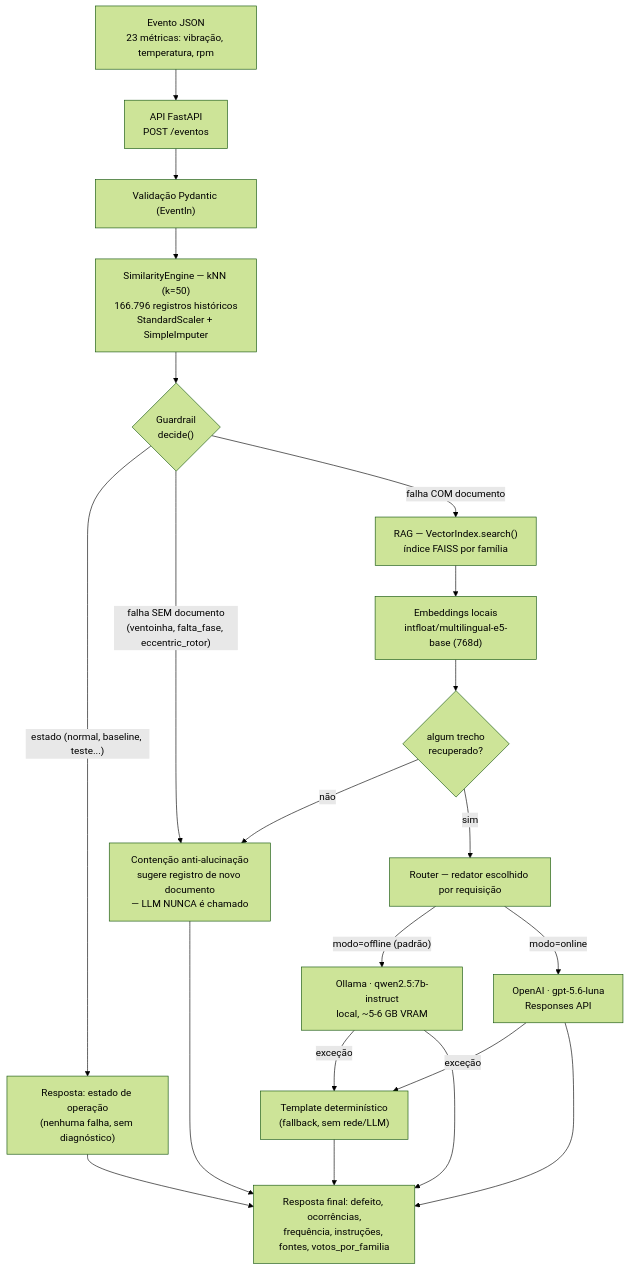
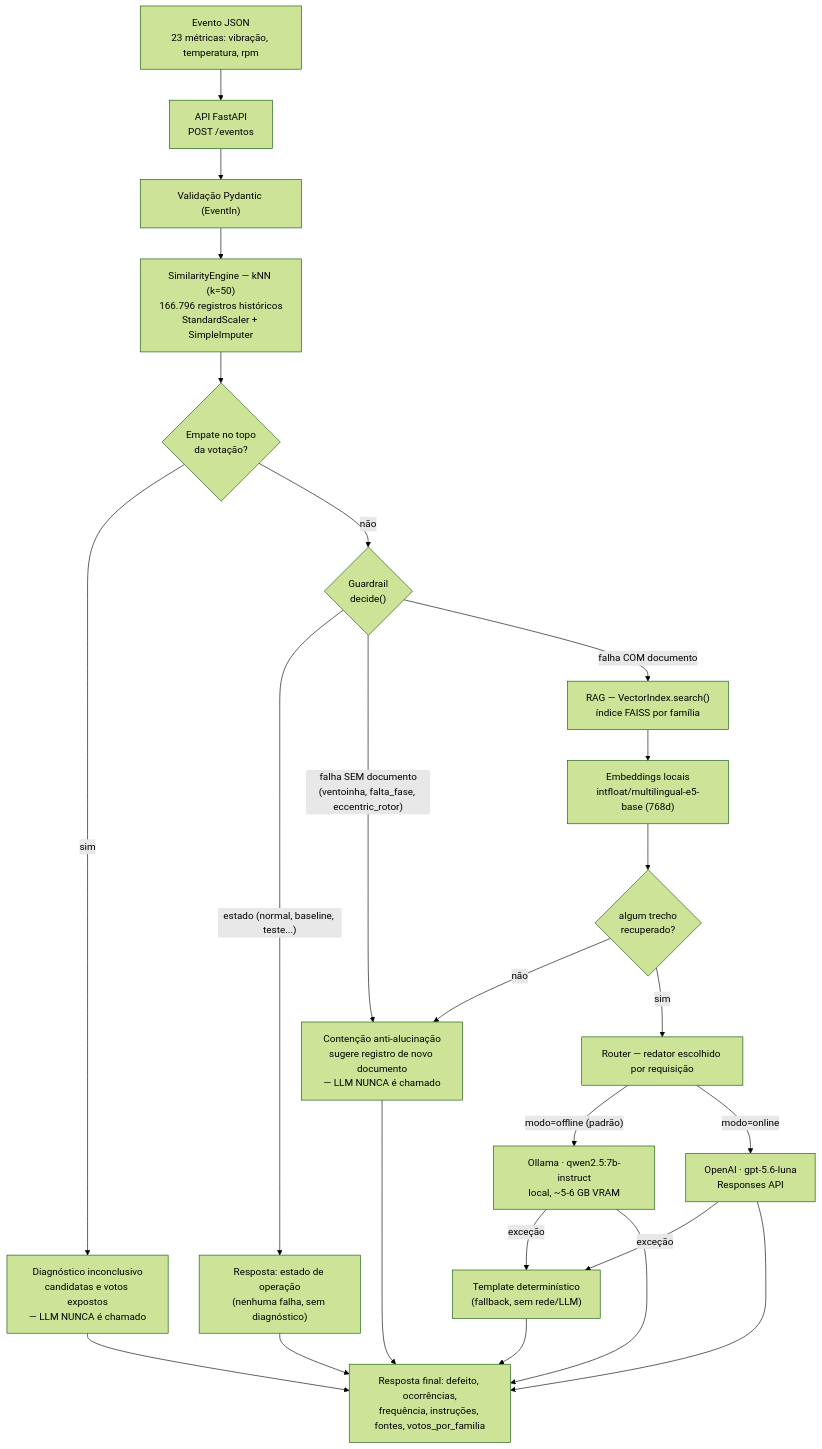
One commit to DaviBeckha/Senai-Prova-Pleno changed the diagram in README.md. Above: the diagram before and after it, drawn with Mermaid (forest theme). The commit also changed other lines of this file and 5 other files, not shown here.

````diff
--- a/README.md
+++ b/README.md
@@ -41,23 +59,26 @@
 ```mermaid
 flowchart TD
     A["Evento JSON<br/>23 métricas: vibração, temperatura, rpm"] --> B["API FastAPI<br/>POST /eventos"]
     B --> C["Validação Pydantic (EventIn)"]
     C --> D["SimilarityEngine — kNN (k=50)<br/>166.796 registros históricos<br/>StandardScaler + SimpleImputer"]
-    D --> E{"Guardrail<br/>decide()"}
+    D --> Q{"Empate no topo<br/>da votação?"}
+    Q -->|"sim"| P["Diagnóstico inconclusivo<br/>candidatas e votos expostos<br/>— LLM NUNCA é chamado"]
+    Q -->|"não"| E{"Guardrail<br/>decide()"}
     E -->|"estado (normal, baseline, teste...)"| F["Resposta: estado de operação<br/>(nenhuma falha, sem diagnóstico)"]
     E -->|"falha SEM documento<br/>(ventoinha, falta_fase, eccentric_rotor)"| G["Contenção anti-alucinação<br/>sugere registro de novo documento<br/>— LLM NUNCA é chamado"]
     E -->|"falha COM documento"| H["RAG — VectorIndex.search()<br/>índice FAISS por família"]
     H --> I["Embeddings locais<br/>intfloat/multilingual-e5-base (768d)"]
     I --> J{"algum trecho<br/>recuperado?"}
     J -->|"não"| G
     J -->|"sim"| K["Router — redator escolhido por requisição"]
     K -->|"modo=offline (padrão)"| L["Ollama · qwen2.5:7b-instruct<br/>local, ~5-6 GB VRAM"]
     K -->|"modo=online"| M["OpenAI · gpt-5.6-luna<br/>Responses API"]
     L -->|"exceção"| N["Template determinístico<br/>(fallback, sem rede/LLM)"]
     M -->|"exceção"| N
     L --> O
     M --> O
     N --> O["Resposta final: defeito, ocorrências,<br/>frequência, instruções, fontes, votos_por_familia"]
     F --> O
     G --> O
+    P --> O
 ```
````
